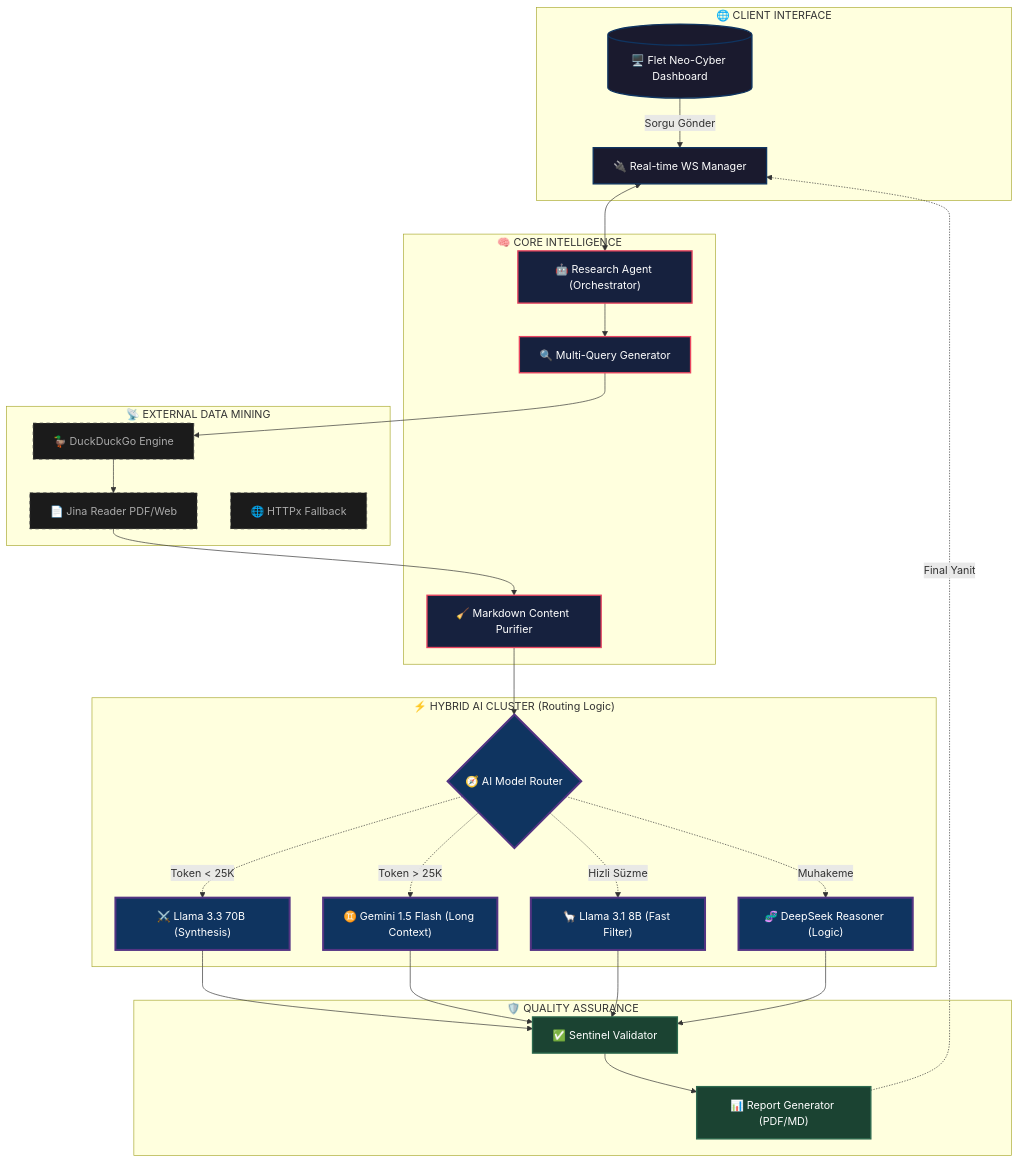
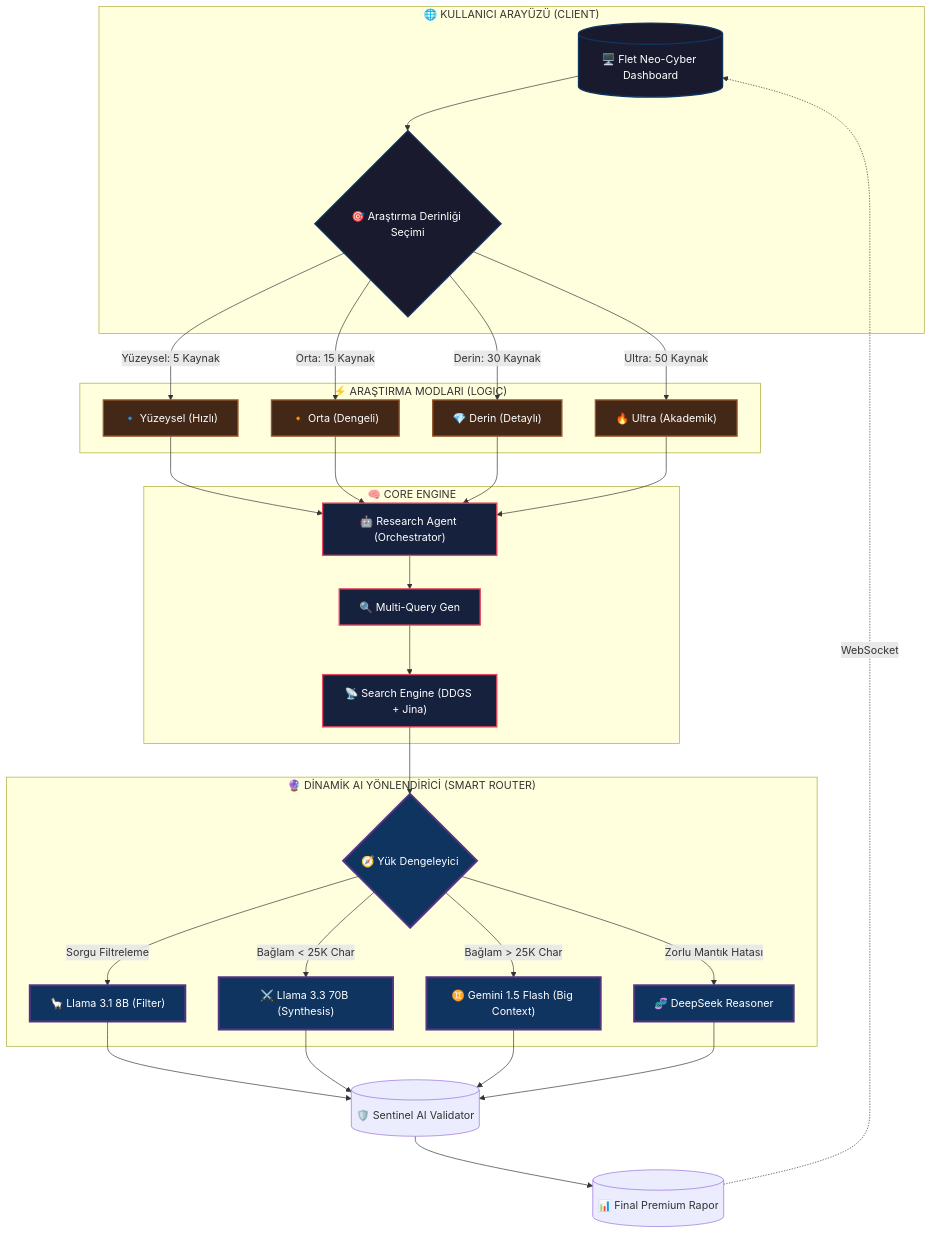
Before and after one commit to westabdu/Nova-Nexus-Search: the diagram in README.md, drawn with Mermaid. The commit also changed other lines of this file, not shown here.

````diff
--- a/README.md
+++ b/README.md
@@ -16,69 +16,66 @@
 ```mermaid
 graph TB
-    %% --- Sinif Tanimlari (Profesyonel Renk Paleti) ---
+    %% --- Sinif Tanimlari ---
     classDef frontend fill:#1a1a2e,stroke:#0f3460,stroke-width:2px,color:#fff;
     classDef backend fill:#16213e,stroke:#e94560,stroke-width:2px,color:#fff;
     classDef ai fill:#0f3460,stroke:#533483,stroke-width:3px,color:#fff;
-    classDef external fill:#1b1b1b,stroke:#444,stroke-dasharray: 5 5,color:#aaa;
-    classDef validator fill:#1b4332,stroke:#2d6a4f,stroke-width:2px,color:#fff;
+    classDef data fill:#1b1b1b,stroke:#444,stroke-dasharray: 5 5,color:#aaa;
+    classDef gold fill:#432818,stroke:#99582a,stroke-width:2px,color:#fff;
 
-    %% --- Katman 1: Kullanici Etkilesimi ---
-    subgraph "🌐 CLIENT INTERFACE"
+    %% --- Giriş ve Seçim ---
+    subgraph "🌐 KULLANICI ARAYÜZÜ (CLIENT)"
         UI[("🖥️ Flet Neo-Cyber Dashboard")]
-        WS_M["🔌 Real-time WS Manager"]
+        DEPTH{"🎯 Araştırma Derinliği Seçimi"}
     end
 
-    %% --- Katman 2: Beyin (Backend) ---
-    subgraph "🧠 CORE INTELLIGENCE"
-        AGENT["🤖 Research Agent (Orchestrator)"]
-        QGEN["🔍 Multi-Query Generator"]
-        CLEAN["🧹 Markdown Content Purifier"]
+    %% --- Derinlik Mantığı ---
+    subgraph "⚡ ARAŞTIRMA MODLARI (LOGIC)"
+        SURF["🔹 Yüzeysel (Hızlı)"]
+        MED["🔸 Orta (Dengeli)"]
+        DEEP["💎 Derin (Detaylı)"]
+        ULTRA["🔥 Ultra (Akademik)"]
     end
 
-    %% --- Katman 3: Veri Kaynaklari ---
-    subgraph "📡 EXTERNAL DATA MINING"
-        DDGS["🦆 DuckDuckGo Engine"]
-        JINA["📄 Jina Reader PDF/Web"]
-        FALL["🌐 HTTPx Fallback"]
+    %% --- Beyin ve Arama ---
+    subgraph "🧠 CORE ENGINE"
+        AGENT["🤖 Research Agent (Orchestrator)"]
+        QGEN["🔍 Multi-Query Gen"]
+        SEARCH["📡 Search Engine (DDGS + Jina)"]
     end
 
-    %% --- Katman 4: Yapay Zeka Hibrit Katmani ---
-    subgraph "⚡ HYBRID AI CLUSTER (Routing Logic)"
-        ROUTER{"🧭 AI Model Router"}
-        LLAMA_S["🦙 Llama 3.1 8B (Fast Filter)"]
-        LLAMA_L["⚔️ Llama 3.3 70B (Synthesis)"]
-        GEMINI["♊ Gemini 1.5 Flash (Long Context)"]
-        DEEP["🧬 DeepSeek Reasoner (Logic)"]
+    %% --- Hibrit AI Cluster ---
+    subgraph "🔮 DİNAMİK AI YÖNLENDİRİCİ (SMART ROUTER)"
+        ROUTE{"🧭 Yük Dengeleyici"}
+        L8B["🦙 Llama 3.1 8B (Filter)"]
+        L70B["⚔️ Llama 3.3 70B (Synthesis)"]
+        GEM["♊ Gemini 1.5 Flash (Big Context)"]
+        DSEEK["🧬 DeepSeek Reasoner"]
     end
 
-    %% --- Katman 5: Kalite Kontrol ---
-    subgraph "🛡️ QUALITY ASSURANCE"
-        VAL["✅ Sentinel Validator"]
-        REP["📊 Report Generator (PDF/MD)"]
-    end
+    %% --- İşleme Akışı ---
+    UI --> DEPTH
+    DEPTH -->|Yüzeysel: 5 Kaynak| SURF
+    DEPTH -->|Orta: 15 Kaynak| MED
+    DEPTH -->|Derin: 30 Kaynak| DEEP
+    DEPTH -->|Ultra: 50 Kaynak| ULTRA
 
-    %% --- Akis Baglantilari ---
-    UI -->|Sorgu Gönder| WS_M
-    WS_M <--> AGENT
+    SURF & MED & DEEP & ULTRA --> AGENT
     AGENT --> QGEN
-    QGEN --> DDGS
-    DDGS --> JINA
-    JINA --> CLEAN
-    CLEAN --> ROUTER
+    QGEN --> SEARCH
+    SEARCH --> ROUTE
 
-    ROUTER -.->|Token < 25K| LLAMA_L
-    ROUTER -.->|Token > 25K| GEMINI
-    ROUTER -.->|Hizli Süzme| LLAMA_S
-    ROUTER -.->|Muhakeme| DEEP
+    ROUTE -->|Sorgu Filtreleme| L8B
+    ROUTE -->|Bağlam < 25K Char| L70B
+    ROUTE -->|Bağlam > 25K Char| GEM
+    ROUTE -->|Zorlu Mantık Hatası| DSEEK
 
-    LLAMA_L & GEMINI & LLAMA_S & DEEP --> VAL
-    VAL --> REP
-    REP -.->|Final Yanit| WS_M
+    L8B & L70B & GEM & DSEEK --> VAL[("🛡️ Sentinel AI Validator")]
+    VAL --> FINAL[("📊 Final Premium Rapor")]
+    FINAL -.->|WebSocket| UI
 
-    %% --- Stil Atamalari ---
-    class UI,WS_M frontend;
-    class AGENT,QGEN,CLEAN backend;
-    class ROUTER,LLAMA_S,LLAMA_L,GEMINI,DEEP ai;
-    class DDGS,JINA,FALL external;
-    class VAL,REP validator;
+    %% --- Atamalar ---
+    class UI,DEPTH frontend;
+    class SURF,MED,DEEP,ULTRA gold;
+    class AGENT,QGEN,SEARCH backend;
+    class ROUTE,L8B,L70B,GEM,DSEEK ai;
 ```
````
